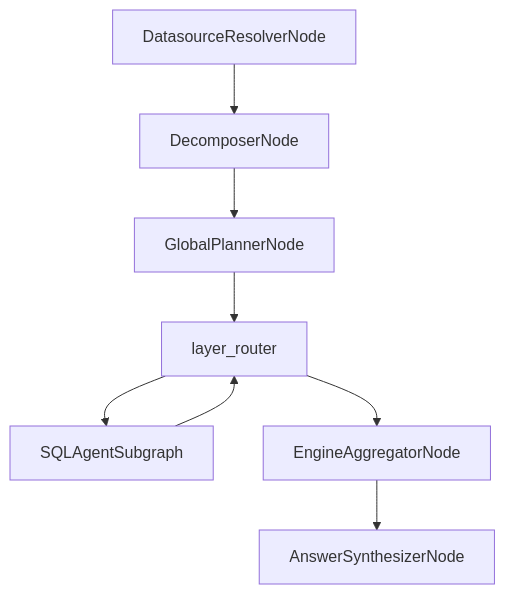
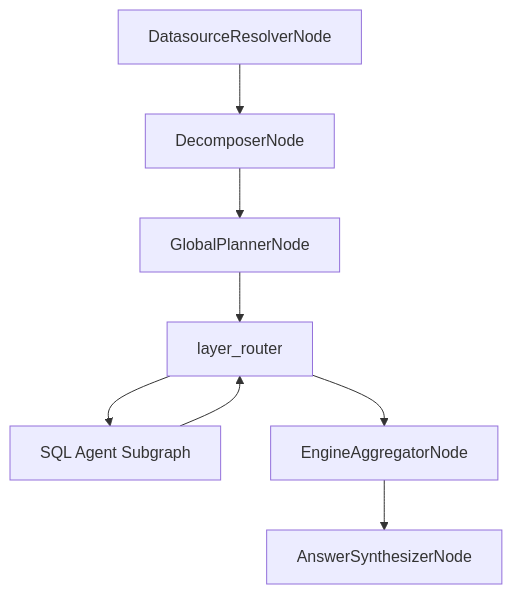
One commit to nadeem4/nl2sql changed the first of 4 diagrams in docs/architecture/pipeline.md. Above: the diagram before and after it, drawn with Mermaid. The commit also changed other lines of this file and 28 other files, not shown here.

First line of the commit message:
feat(docs): Enhance architecture documentation with new sections and updates

````diff
--- a/docs/architecture/pipeline.md
+++ b/docs/architecture/pipeline.md
@@ -7,10 +7,10 @@
 ```mermaid
 flowchart TD
     Resolver[DatasourceResolverNode] --> Decomposer[DecomposerNode]
     Decomposer --> Planner[GlobalPlannerNode]
     Planner --> Router[layer_router]
-    Router --> SqlAgent[SQLAgentSubgraph]
+    Router --> SqlAgent[SQL Agent Subgraph]
     SqlAgent --> Router
     Router --> Aggregator[EngineAggregatorNode]
     Aggregator --> Synthesizer[AnswerSynthesizerNode]
 ```
````
